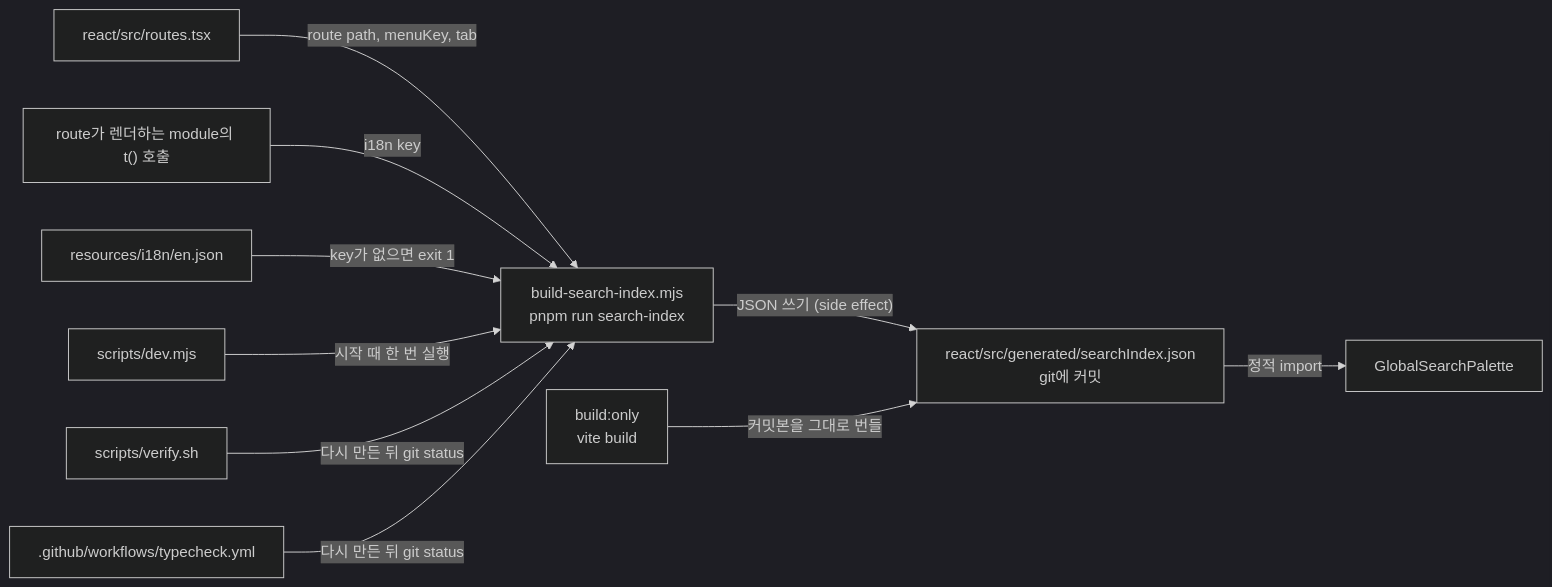
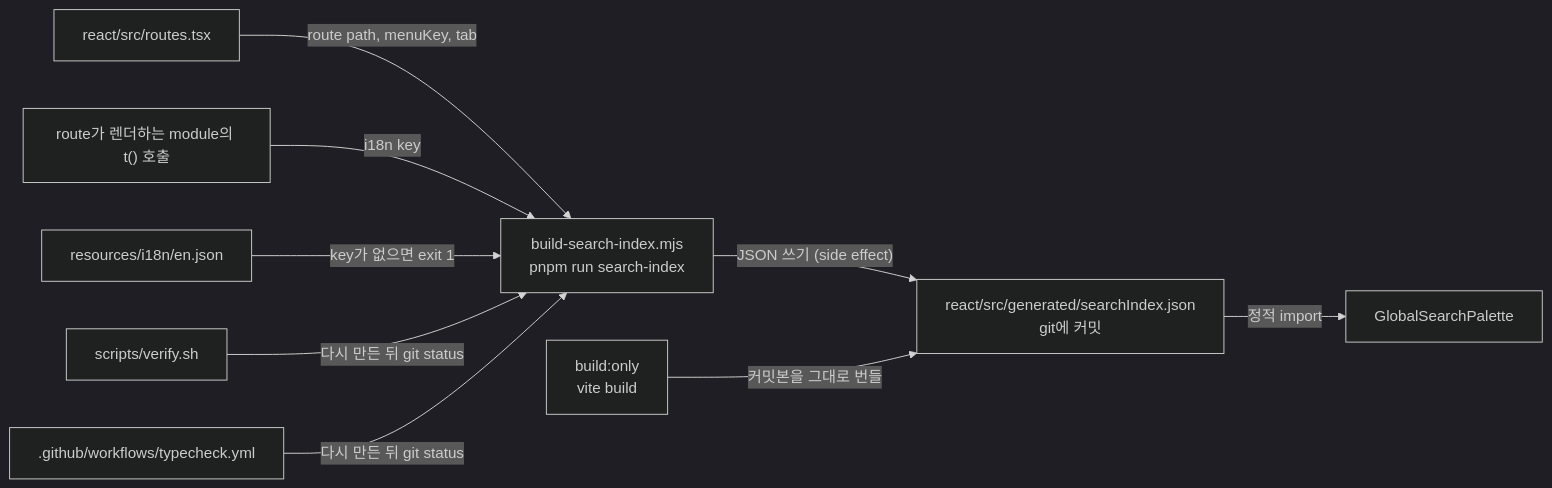
One commit to lablup/backend.ai-webui changed the diagram in docs/adr/0003-committed-search-index-artifact.md. Above: the diagram before and after it, drawn with Mermaid (dark theme). The commit also changed other lines of this file and 3 other files, not shown here.

````diff
--- a/docs/adr/0003-committed-search-index-artifact.md
+++ b/docs/adr/0003-committed-search-index-artifact.md
@@ -22,22 +22,20 @@
 ```mermaid
 flowchart LR
   routes["react/src/routes.tsx"]
   modules["route가 렌더하는 module의 t() 호출"]
   en["resources/i18n/en.json"]
   extractor["build-search-index.mjs<br/>pnpm run search-index"]
   artifact["react/src/generated/searchIndex.json<br/>git에 커밋"]
-  dev["scripts/dev.mjs"]
   verify["scripts/verify.sh"]
   ci[".github/workflows/typecheck.yml"]
   build["build:only<br/>vite build"]
   palette["GlobalSearchPalette"]
   routes -- "route path, menuKey, tab" --> extractor
   modules -- "i18n key" --> extractor
   en -- "key가 없으면 exit 1" --> extractor
   extractor -- "JSON 쓰기 (side effect)" --> artifact
-  dev -- "시작 때 한 번 실행" --> extractor
   verify -- "다시 만든 뒤 git status" --> extractor
   ci -- "다시 만든 뒤 git status" --> extractor
   build -- "커밋본을 그대로 번들" --> artifact
   artifact -- "정적 import" --> palette
 ```
````
